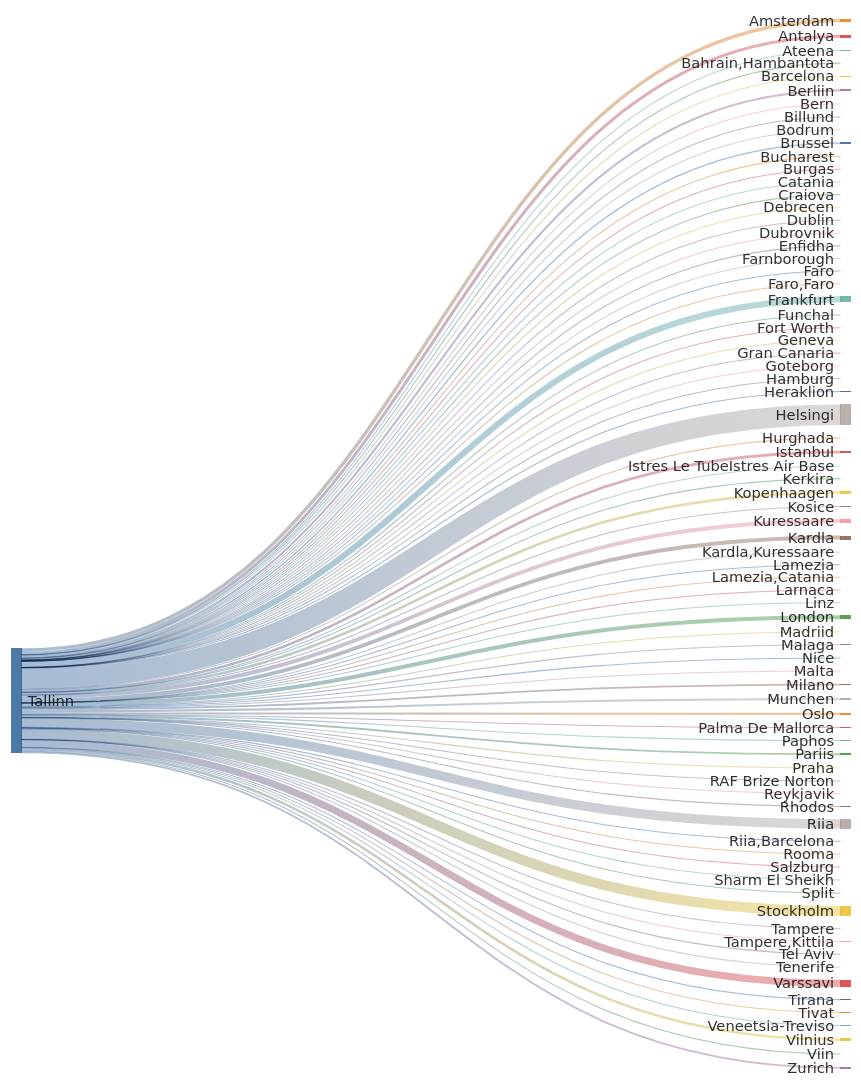
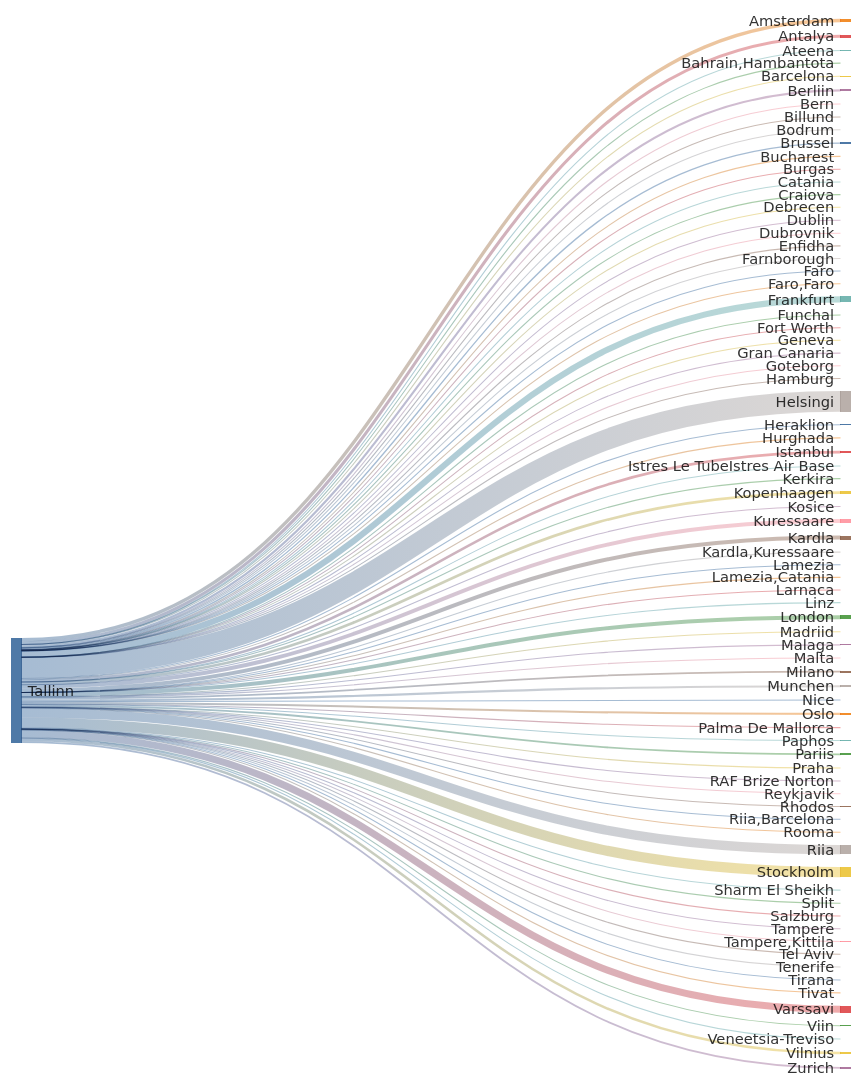
One commit to rainermesi/tll-airport-departures changed the second of 2 diagrams in README.md. Above: the diagram before and after it, drawn with Mermaid. The commit also changed other lines of this file and 1 other file, not shown here.

```diff
--- a/README.md
+++ b/README.md
@@ -41,18 +41,18 @@
 ---
 sankey-beta
 %% source,target,value
-Tallinn,Amsterdam,501
-Tallinn,Antalya,447
+Tallinn,Amsterdam,503
+Tallinn,Antalya,448
 Tallinn,Ateena,16
 Tallinn,"Bahrain,Hambantota",1
 Tallinn,Barcelona,141
-Tallinn,Berliin,316
+Tallinn,Berliin,318
 Tallinn,Bern,1
 Tallinn,Billund,80
 Tallinn,Bodrum,11
 Tallinn,Brussel,194
 Tallinn,Bucharest,1
-Tallinn,Burgas,62
+Tallinn,Burgas,63
 Tallinn,Catania,2
 Tallinn,Craiova,1
 Tallinn,Debrecen,1
@@ -63,59 +63,59 @@
 Tallinn,Faro,4
 Tallinn,"Faro,Faro",1
 Tallinn,Fort Worth,1
-Tallinn,Frankfurt,906
+Tallinn,Frankfurt,909
 Tallinn,Funchal,5
 Tallinn,Geneva,13
 Tallinn,Gran Canaria,38
 Tallinn,Goteborg,2
 Tallinn,Hamburg,2
-Tallinn,Helsingi,3049
-Tallinn,Heraklion,105
+Tallinn,Helsingi,3059
+Tallinn,Heraklion,106
 Tallinn,Hurghada,75
-Tallinn,Istanbul,396
+Tallinn,Istanbul,397
 Tallinn,Istres Le TubeIstres Air Base,2
 Tallinn,Kerkira,4
-Tallinn,Kopenhaagen,389
+Tallinn,Kopenhaagen,392
 Tallinn,Kosice,1
-Tallinn,Kuressaare,576
-Tallinn,Kardla,578
+Tallinn,Kuressaare,578
+Tallinn,Kardla,580
 Tallinn,"Kardla,Kuressaare",1
 Tallinn,Lamezia,1
 Tallinn,"Lamezia,Catania",3
 Tallinn,Larnaca,4
 Tallinn,Linz,2
-Tallinn,London,592
+Tallinn,London,593
 Tallinn,Madriid,4
 Tallinn,Malaga,123
 Tallinn,Malta,30
-Tallinn,Milano,274
-Tallinn,Munchen,312
-Tallinn,Nice,54
-Tallinn,Oslo,307
+Tallinn,Milano,275
+Tallinn,Munchen,314
+Tallinn,Nice,55
+Tallinn,Oslo,308
 Tallinn,Palma De Mallorca,34
 Tallinn,Paphos,66
-Tallinn,Pariis,266
+Tallinn,Pariis,267
 Tallinn,Praha,89
 Tallinn,RAF Brize Norton,1
 Tallinn,Reykjavik,20
 Tallinn,Rhodos,62
-Tallinn,Riia,1369
+Tallinn,Riia,1373
 Tallinn,"Riia,Barcelona",1
 Tallinn,Rooma,80
 Tallinn,Salzburg,14
 Tallinn,Sharm El Sheikh,104
 Tallinn,Split,55
-Tallinn,Stockholm,1506
+Tallinn,Stockholm,1511
 Tallinn,Tampere,17
 Tallinn,"Tampere,Kittila",21
 Tallinn,Tel Aviv,2
 Tallinn,Tenerife,58
 Tallinn,Tirana,36
 Tallinn,Tivat,70
-Tallinn,Varssavi,1050
+Tallinn,Varssavi,1053
 Tallinn,Veneetsia-Treviso,67
 Tallinn,Viin,106
-Tallinn,Vilnius,380
+Tallinn,Vilnius,382
 Tallinn,Zurich,272
 
 
```
